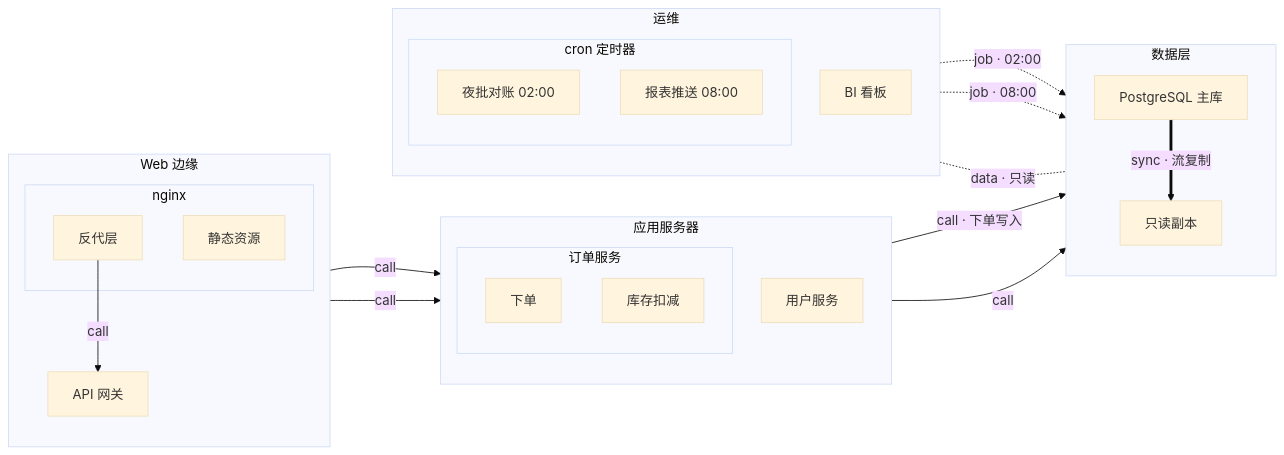
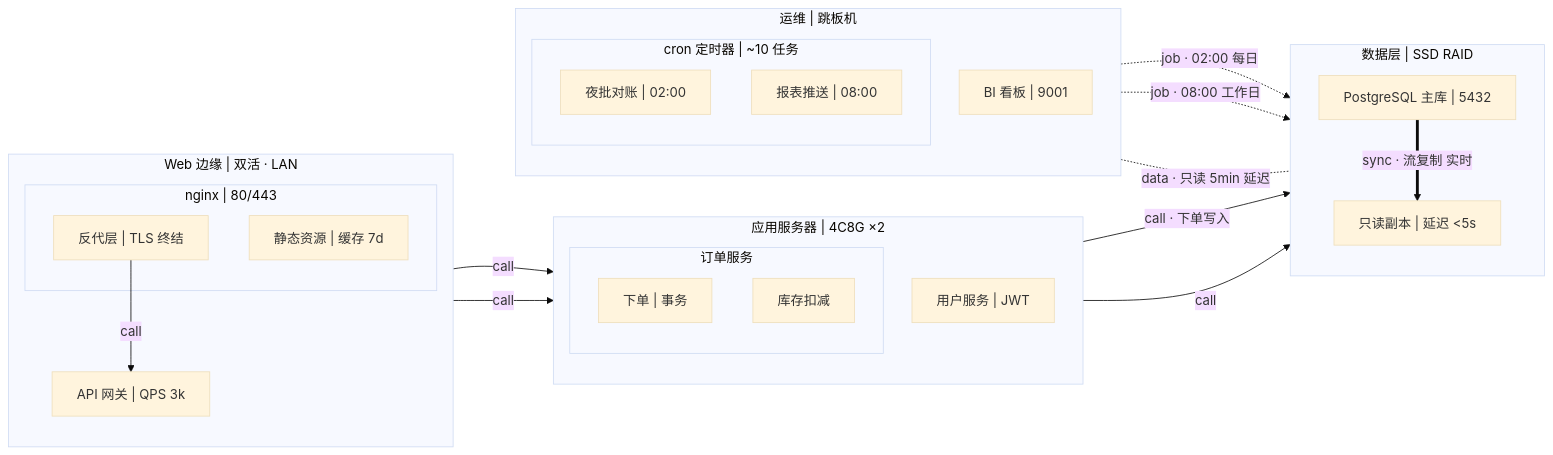
Before and after one commit to panfu/arch-diagram-skill: the diagram in examples/sample.mmd, drawn with Mermaid (base theme). The commit also changed 3 other files, not shown here.

```diff
--- a/examples/sample.mmd
+++ b/examples/sample.mmd
@@ -1,40 +1,40 @@
 flowchart LR
-  subgraph WEB["Web 边缘"]
+  subgraph WEB["Web 边缘 | 双活 · LAN"]
     direction TB
-    subgraph WEB_NGINX["nginx"]
-      WEB_NGINX_PROXY["反代层"]
-      WEB_NGINX_STATIC["静态资源"]
+    subgraph WEB_NGINX["nginx | 80/443"]
+      WEB_NGINX_PROXY["反代层 | TLS 终结"]
+      WEB_NGINX_STATIC["静态资源 | 缓存 7d"]
     end
-    WEB_GW["API 网关"]
+    WEB_GW["API 网关 | QPS 3k"]
   end
-  subgraph APP["应用服务器"]
+  subgraph APP["应用服务器 | 4C8G ×2"]
     direction TB
     subgraph APP_ORDERS["订单服务"]
-      APP_ORDERS_CREATE["下单"]
+      APP_ORDERS_CREATE["下单 | 事务"]
       APP_ORDERS_RESERVE["库存扣减"]
     end
-    APP_USERS["用户服务"]
+    APP_USERS["用户服务 | JWT"]
   end
-  subgraph DATA["数据层"]
+  subgraph DATA["数据层 | SSD RAID"]
     direction TB
-    DATA_PG["PostgreSQL 主库"]
-    DATA_REPLICA["只读副本"]
+    DATA_PG["PostgreSQL 主库 | 5432"]
+    DATA_REPLICA["只读副本 | 延迟 <5s"]
   end
-  subgraph OPS["运维"]
+  subgraph OPS["运维 | 跳板机"]
     direction TB
-    subgraph OPS_CRON["cron 定时器"]
-      OPS_CRON_RECON["夜批对账 02:00"]
-      OPS_CRON_REPORT["报表推送 08:00"]
+    subgraph OPS_CRON["cron 定时器 | ~10 任务"]
+      OPS_CRON_RECON["夜批对账 | 02:00"]
+      OPS_CRON_REPORT["报表推送 | 08:00"]
     end
-    OPS_BI["BI 看板"]
+    OPS_BI["BI 看板 | 9001"]
   end
 
   WEB_NGINX_PROXY -->|call| WEB_GW
   WEB_GW -->|call| APP_ORDERS
   WEB_GW -->|call| APP_USERS
   APP_ORDERS_CREATE -->|"call · 下单写入"| DATA_PG
   APP_ORDERS_RESERVE -->|call| DATA_PG
-  DATA_PG ==>|"sync · 流复制"| DATA_REPLICA
-  OPS_CRON_RECON -.->|"job · 02:00"| DATA_PG
-  OPS_CRON_REPORT -.->|"job · 08:00"| DATA_REPLICA
-  OPS_BI -.-|"data · 只读"| DATA_REPLICA
+  DATA_PG ==>|"sync · 流复制 实时"| DATA_REPLICA
+  OPS_CRON_RECON -.->|"job · 02:00 每日"| DATA_PG
+  OPS_CRON_REPORT -.->|"job · 08:00 工作日"| DATA_REPLICA
+  OPS_BI -.-|"data · 只读 5min 延迟"| DATA_REPLICA
```
